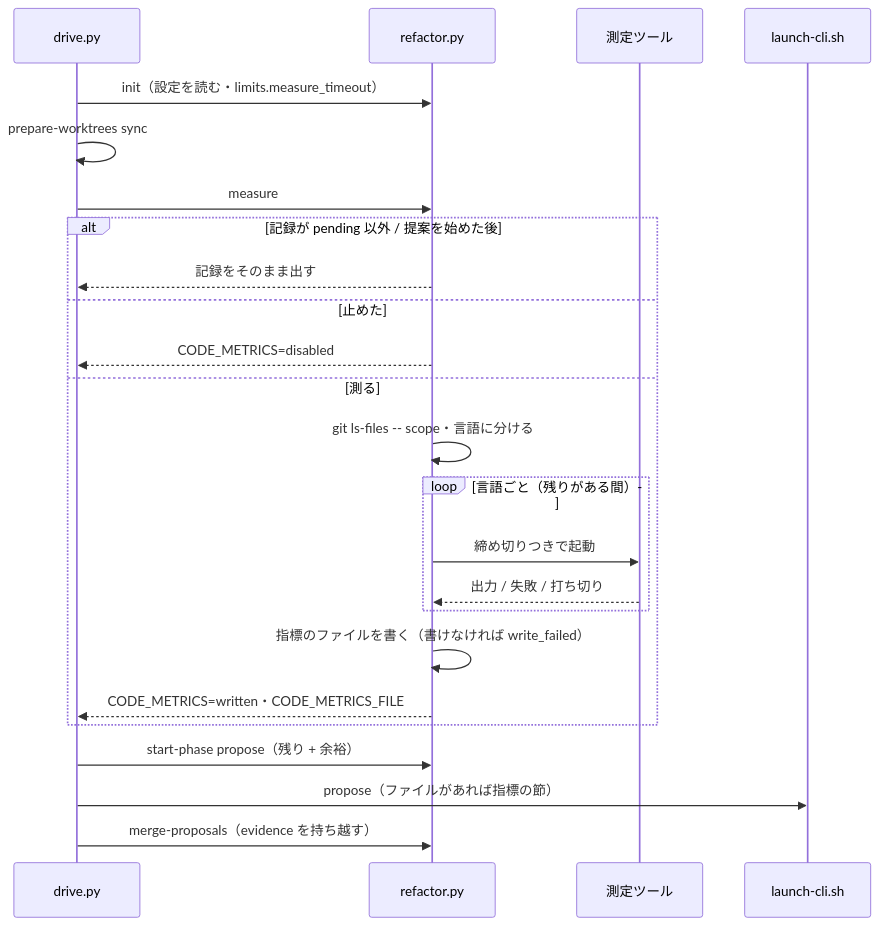
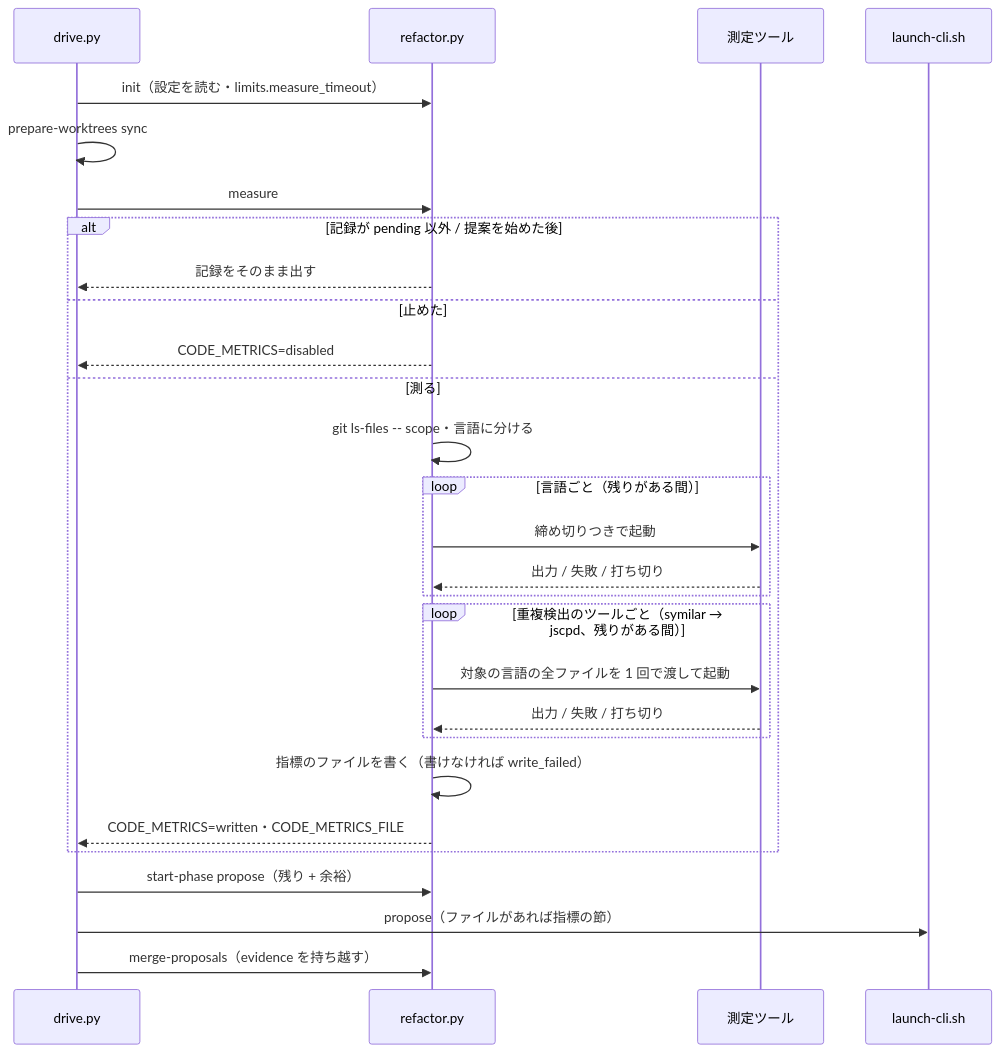
Before and after one commit to devbasex/ai-plugins: the fifth of 7 diagrams in issues/issue-1319-design.md, drawn with Mermaid. The commit also changed other lines of this file and 2 other files, not shown here.

First line of the commit message:
Update: #1319 の設計に重複検出（pylint と jscpd）を足す

````diff
--- a/issues/issue-1319-design.md
+++ b/issues/issue-1319-design.md
@@ -568,26 +683,30 @@
 ```mermaid
 sequenceDiagram
     participant D as drive.py
     participant R as refactor.py
     participant T as 測定ツール
     participant L as launch-cli.sh
     D->>R: init（設定を読む・limits.measure_timeout）
     D->>D: prepare-worktrees sync
     D->>R: measure
     alt 記録が pending 以外 / 提案を始めた後
         R-->>D: 記録をそのまま出す
     else 止めた
         R-->>D: CODE_METRICS=disabled
     else 測る
         R->>R: git ls-files -- scope・言語に分ける
         loop 言語ごと（残りがある間）
             R->>T: 締め切りつきで起動
             T-->>R: 出力 / 失敗 / 打ち切り
         end
+        loop 重複検出のツールごと（symilar → jscpd、残りがある間）
+            R->>T: 対象の言語の全ファイルを 1 回で渡して起動
+            T-->>R: 出力 / 失敗 / 打ち切り
+        end
         R->>R: 指標のファイルを書く（書けなければ write_failed）
         R-->>D: CODE_METRICS=written・CODE_METRICS_FILE
     end
     D->>R: start-phase propose（残り + 余裕）
     D->>L: propose（ファイルがあれば指標の節）
     D->>R: merge-proposals（evidence を持ち越す）
 ```
````
